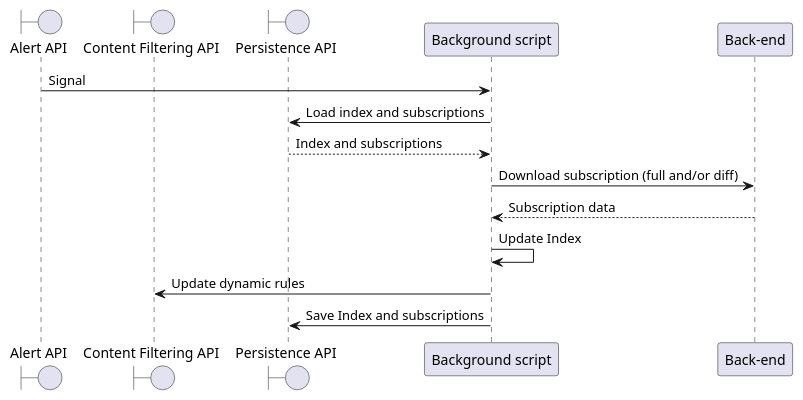
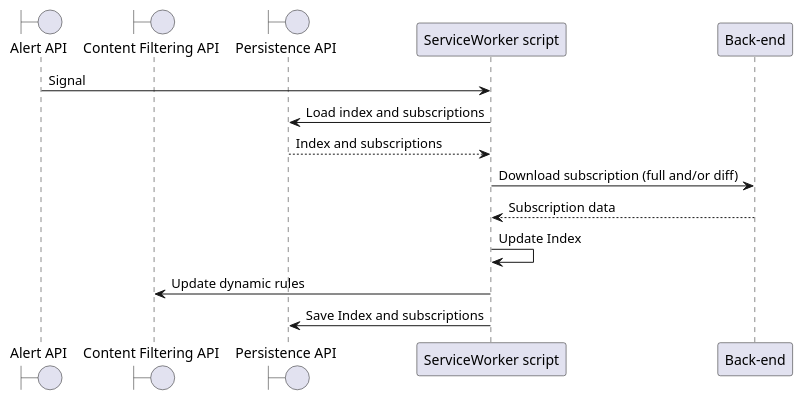
Before and after one commit to 4ntoine/mv3_spec_c4: the diagram in use_case_sub_update.puml, drawn with PlantUML. The commit also changed 4 other files, not shown here.

```diff
--- a/use_case_sub_update.puml
+++ b/use_case_sub_update.puml
@@ -1,18 +1,18 @@
 @startuml
 
-boundary "Alert API"             as schedulerApi
+boundary "Alert API" as schedulerApi
 boundary "Content Filtering API" as cfApi
-boundary "Persistence API"       as persistenceApi
-participant "Background script"  as bgScript
-participant "Back-end"           as backEnd
+boundary "Persistence API" as persistenceApi
+participant "ServiceWorker script" as swScript
+participant "Back-end" as backEnd
 
-schedulerApi -> bgScript : Signal
-bgScript -> persistenceApi : Load index and subscriptions
+schedulerApi -> swScript : Signal
+swScript -> persistenceApi : Load index and subscriptions
 return Index and subscriptions
-bgScript -> backEnd : Download subscription (full and/or diff)
+swScript -> backEnd : Download subscription (full and/or diff)
 return Subscription data
-bgScript -> bgScript : Update Index
-bgScript -> cfApi : Update dynamic rules
-bgScript -> persistenceApi : Save Index and subscriptions
+swScript -> swScript : Update Index
+swScript -> cfApi : Update dynamic rules
+swScript -> persistenceApi : Save Index and subscriptions
 
 @enduml
```
